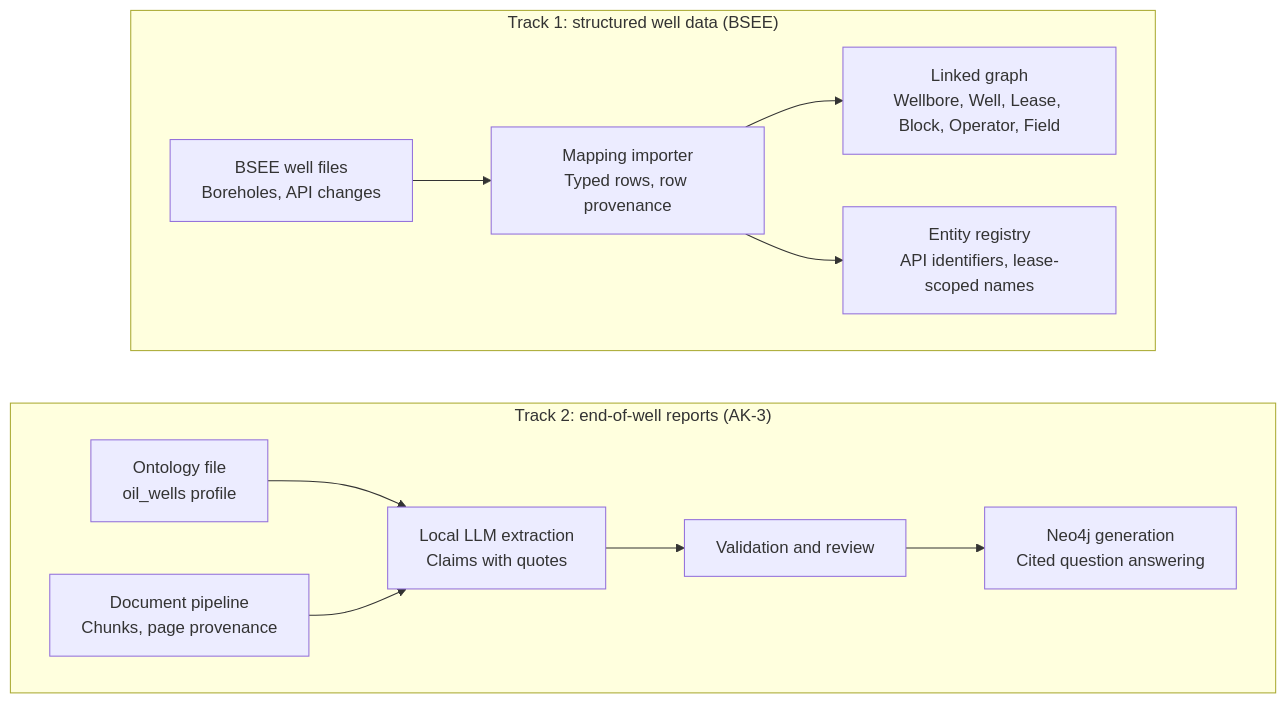
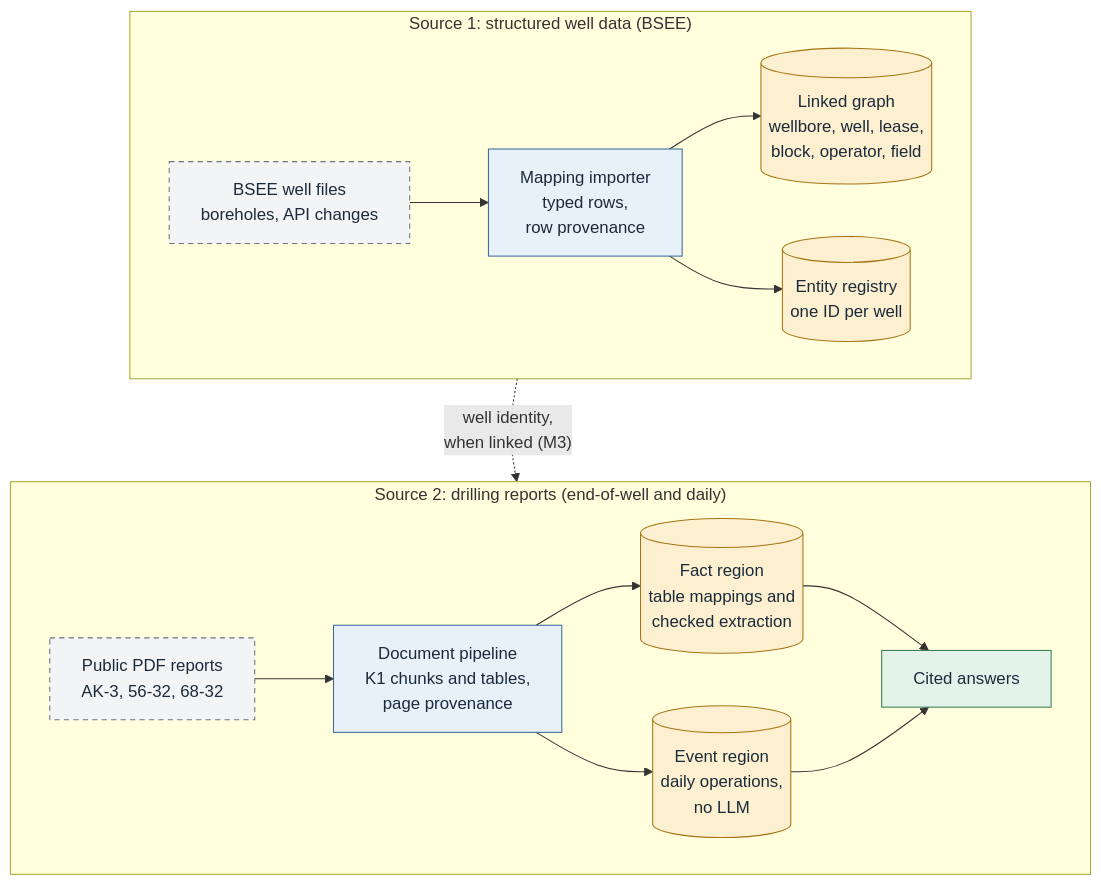
The diagram in docs/DATA_SOURCES.md (thaitri2005/Secure-O-G-LLM-and-Knowledge-Graph), drawn with Mermaid before and after one commit. The commit also changed other lines of this file and 47 other files, not shown here.

````diff
--- a/docs/DATA_SOURCES.md
+++ b/docs/DATA_SOURCES.md
@@ -32,17 +32,23 @@
 ```mermaid
 flowchart TB
-    subgraph T1["Track 1: structured well data (BSEE)"]
+    subgraph S1["Source 1: structured well data (BSEE)"]
         direction LR
-        B1["BSEE well files<br/>Boreholes, API changes"] --> B2["Mapping importer<br/>Typed rows, row provenance"]
-        B2 --> B3["Linked graph<br/>Wellbore, Well, Lease, Block, Operator, Field"]
-        B2 --> B4["Entity registry<br/>API identifiers, lease-scoped names"]
+        B1["BSEE well files<br/>boreholes, API changes"]:::ext --> B2["Mapping importer<br/>typed rows,<br/>row provenance"]:::svc
+        B2 --> B3[("Linked graph<br/>wellbore, well, lease,<br/>block, operator, field")]:::store
+        B2 --> B4[("Entity registry<br/>one ID per well")]:::store
     end
-    subgraph T2["Track 2: end-of-well reports (AK-3)"]
+    subgraph S2["Source 2: drilling reports (end-of-well and daily)"]
         direction LR
-        R0["Ontology file<br/>oil_wells profile"] --> R2
-        R1["Document pipeline<br/>Chunks, page provenance"] --> R2["Local LLM extraction<br/>Claims with quotes"]
-        R2 --> R3["Validation and review"]
-        R3 --> R4["Neo4j generation<br/>Cited question answering"]
+        R1["Public PDF reports<br/>AK-3, 56-32, 68-32"]:::ext --> R2["Document pipeline<br/>K1 chunks and tables,<br/>page provenance"]:::svc
+        R2 --> R3[("Fact region<br/>table mappings and<br/>checked extraction")]:::store
+        R2 --> R4[("Event region<br/>daily operations,<br/>no LLM")]:::store
+        R3 & R4 --> R5["Cited answers"]:::ui
     end
-    T1 ~~~ T2
+    S1 ~~~ S2
+    B4 -. "well identity,<br/>when linked (M3)" .-> R3
+    classDef ui fill:#e4f3ea,stroke:#3b7d57,color:#1b2a3a
+    classDef svc fill:#e8f0fa,stroke:#3d6a9c,color:#1b2a3a
+    classDef store fill:#fdf0d0,stroke:#a67512,color:#1b2a3a
+    classDef model fill:#f0e7f9,stroke:#7b52ab,color:#1b2a3a
+    classDef ext fill:#f3f4f6,stroke:#6b7280,color:#1b2a3a,stroke-dasharray:5 4
 ```
````
